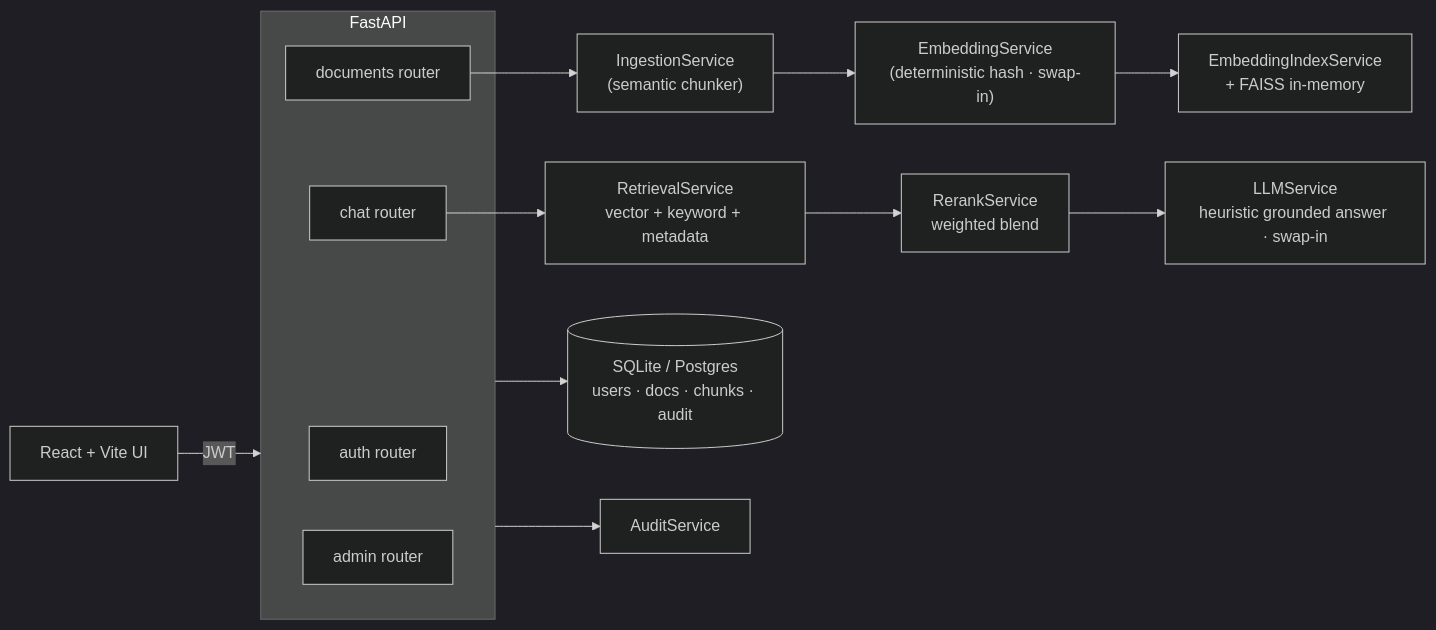
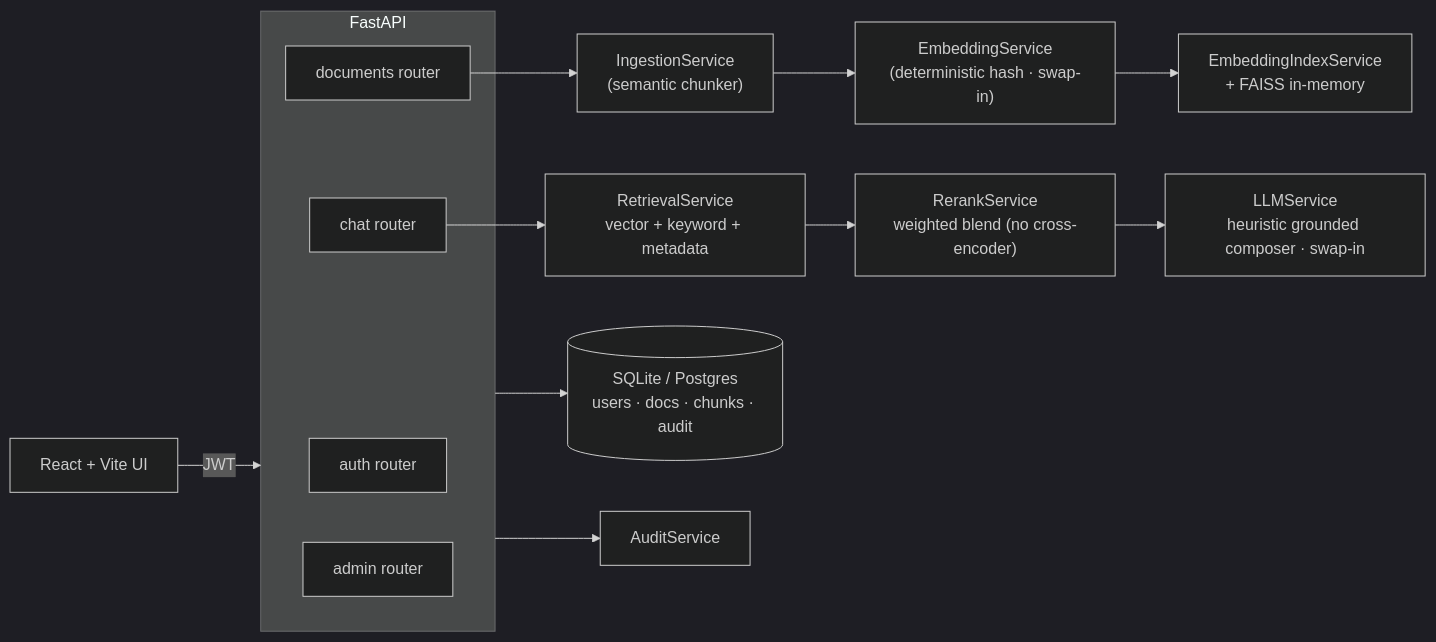
One commit to RyanJBush/calisto-ai changed the diagram in README.md. Above: the diagram before and after it, drawn with Mermaid (dark theme). The commit also changed other lines of this file and 5 other files, not shown here.

````diff
--- a/README.md
+++ b/README.md
@@ -86,18 +303,18 @@
 ```mermaid
 flowchart LR
     UI["React + Vite UI"] -->|"JWT"| API
     subgraph API["FastAPI"]
         AUTH["auth router"]
         DOCS["documents router"]
         CHAT["chat router"]
         ADMIN["admin router"]
     end
     DOCS --> ING["IngestionService\n(semantic chunker)"]
     ING --> EMB["EmbeddingService\n(deterministic hash · swap-in)"]
     EMB --> IDX["EmbeddingIndexService\n+ FAISS in-memory"]
     CHAT --> RET["RetrievalService\nvector + keyword + metadata"]
-    RET --> RR["RerankService\nweighted blend"]
-    RR --> LLM["LLMService\nheuristic grounded answer · swap-in"]
+    RET --> RR["RerankService\nweighted blend (no cross-encoder)"]
+    RR --> LLM["LLMService\nheuristic grounded composer · swap-in"]
     API --> DB[("SQLite / Postgres\nusers · docs · chunks · audit")]
     API --> AUDIT["AuditService"]
 ```
````
